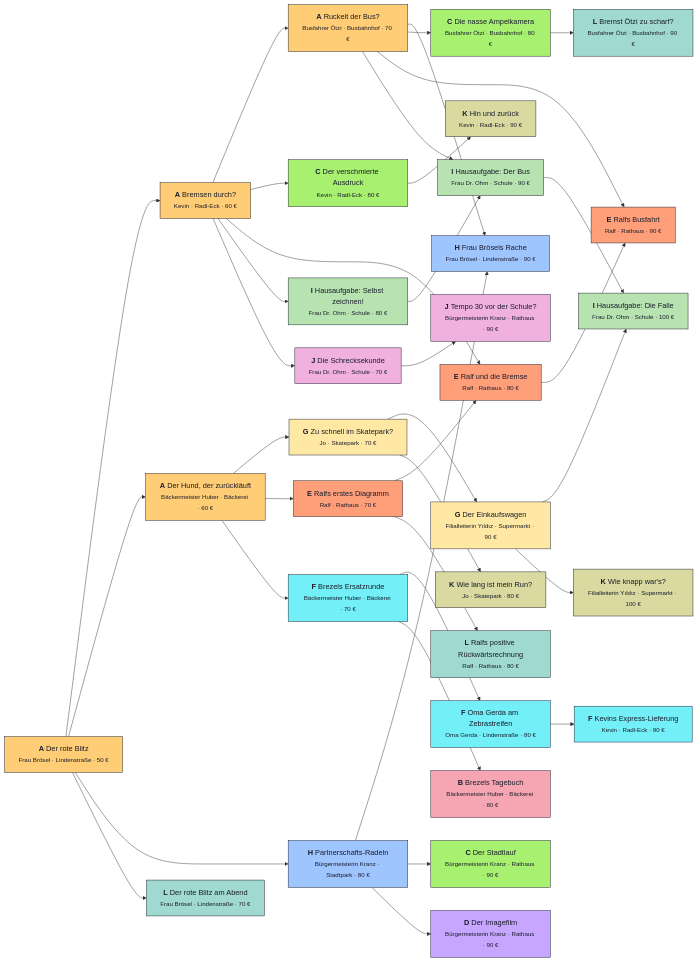
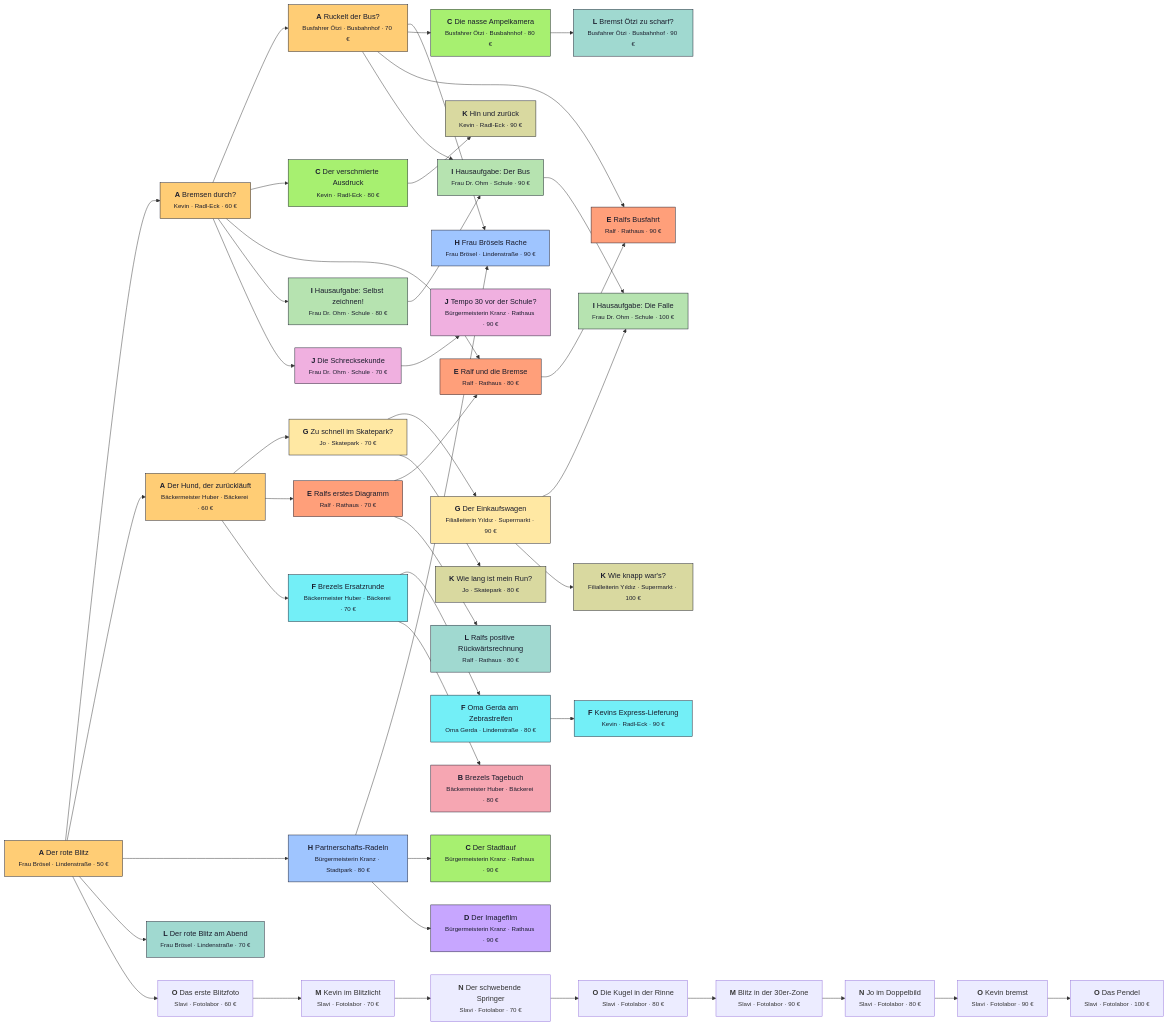
Before and after one commit to MJMssnr/amt-fuer-bewegung: the diagram in docs/QUESTPLAN.md, drawn with Mermaid. The commit also changed other lines of this file and 19 other files, not shown here.

First line of the commit message:
W22: Stroboskop-Typen M (rechnen), N (beschreiben), O (bauen per Drag & Drop) mit 8 Aufträgen bei Slavi im Fotolabor

```diff
--- a/docs/QUESTPLAN.md
+++ b/docs/QUESTPLAN.md
@@ -39,6 +39,14 @@
   t28_steigung_ralf["<b>L</b> Ralfs positive Rückwärtsrechnung<br/><small>Ralf · Rathaus · 80 €</small>"]:::tL
   t29_steigung_bus["<b>L</b> Bremst Ötzi zu scharf?<br/><small>Busfahrer Ötzi · Busbahnhof · 90 €</small>"]:::tL
   t30_regie_imagefilm["<b>D</b> Der Imagefilm<br/><small>Bürgermeisterin Kranz · Rathaus · 90 €</small>"]:::tD
+  t31_strobo_erstes["<b>O</b> Das erste Blitzfoto<br/><small>Slavi · Fotolabor · 60 €</small>"]:::tO
+  t32_strobo_kevin["<b>M</b> Kevin im Blitzlicht<br/><small>Slavi · Fotolabor · 70 €</small>"]:::tM
+  t33_strobo_fallschirm["<b>N</b> Der schwebende Springer<br/><small>Slavi · Fotolabor · 70 €</small>"]:::tN
+  t34_strobo_rinne["<b>O</b> Die Kugel in der Rinne<br/><small>Slavi · Fotolabor · 80 €</small>"]:::tO
+  t35_strobo_auto["<b>M</b> Blitz in der 30er-Zone<br/><small>Slavi · Fotolabor · 90 €</small>"]:::tM
+  t36_strobo_jo["<b>N</b> Jo im Doppelbild<br/><small>Slavi · Fotolabor · 80 €</small>"]:::tN
+  t37_strobo_bremsen["<b>O</b> Kevin bremst<br/><small>Slavi · Fotolabor · 90 €</small>"]:::tO
+  t38_strobo_pendel["<b>O</b> Das Pendel<br/><small>Slavi · Fotolabor · 100 €</small>"]:::tO
   t01_sportwagen --> t02_kevin
   t02_kevin --> t03_bus
   t01_sportwagen --> t04_brezel
@@ -73,6 +81,14 @@
   t12_ralf_brezel --> t28_steigung_ralf
   t10_ampelkamera --> t29_steigung_bus
   t05_radeln --> t30_regie_imagefilm
+  t01_sportwagen --> t31_strobo_erstes
+  t31_strobo_erstes --> t32_strobo_kevin
+  t32_strobo_kevin --> t33_strobo_fallschirm
+  t33_strobo_fallschirm --> t34_strobo_rinne
+  t34_strobo_rinne --> t35_strobo_auto
+  t35_strobo_auto --> t36_strobo_jo
+  t36_strobo_jo --> t37_strobo_bremsen
+  t37_strobo_bremsen --> t38_strobo_pendel
   classDef tA fill:#ffcd75,stroke:#1a1c2c,color:#1a1c2c
   classDef tB fill:#f6a6b2,stroke:#1a1c2c,color:#1a1c2c
   classDef tC fill:#a7f070,stroke:#1a1c2c,color:#1a1c2c
```
